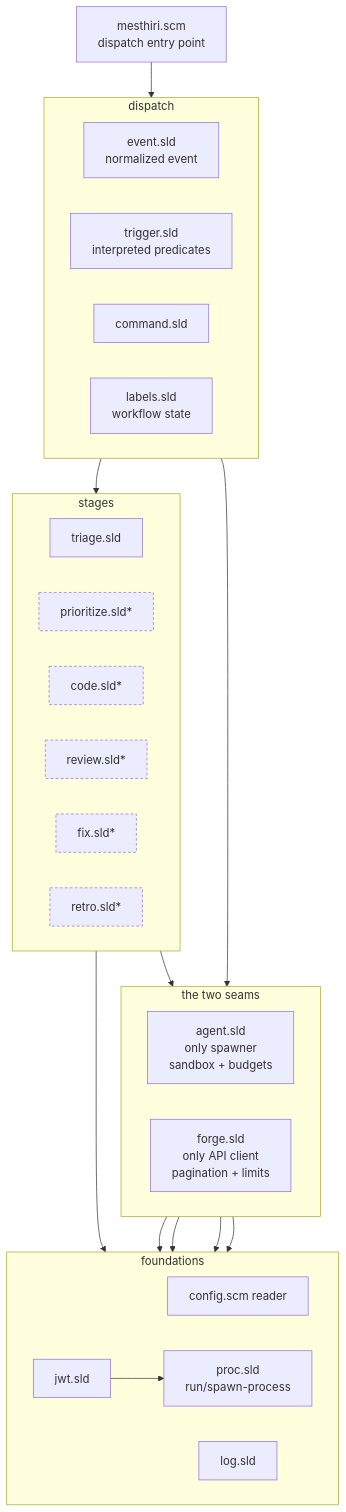
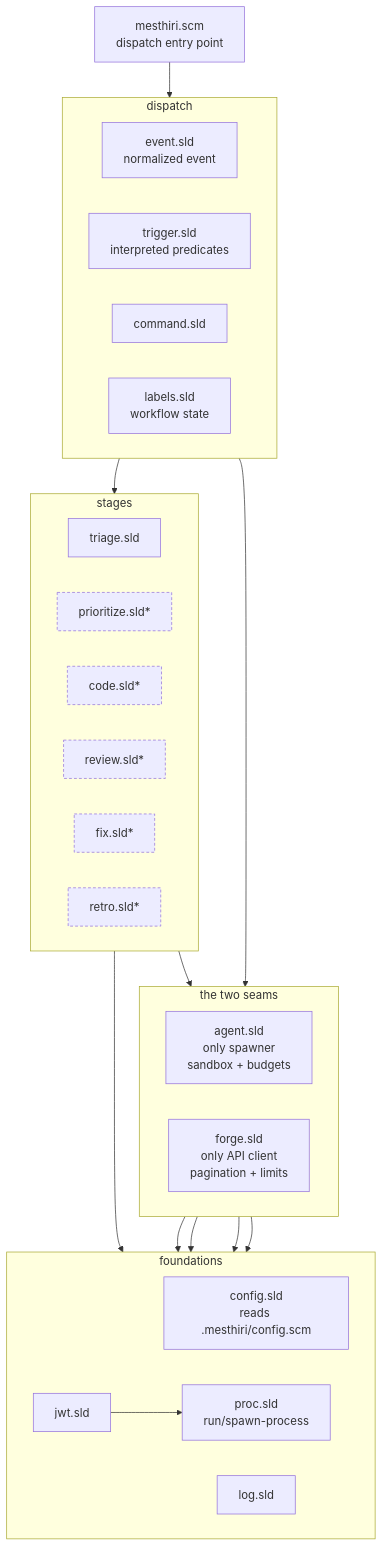
Before and after one commit to mesthiri/mesthiri: the sixth of 7 diagrams in docs/architecture.md, drawn with Mermaid. The commit also changed other lines of this file and 1 other file, not shown here.

First line of the commit message:
Fix seven staleness defects in plan.md and architecture.md

````diff
--- a/docs/architecture.md
+++ b/docs/architecture.md
@@ -195,50 +199,50 @@
 ```mermaid
 flowchart TD
   client["mesthiri.scm<br/>dispatch entry point"]
 
   subgraph stages["stages"]
     direction LR
     triage["triage.sld"]
     prioritize["prioritize.sld*"]
     codestage["code.sld*"]
     review["review.sld*"]
     fixstage["fix.sld*"]
     retro["retro.sld*"]
   end
 
   subgraph disp["dispatch"]
     direction LR
     event["event.sld<br/>normalized event"]
     trigger["trigger.sld<br/>interpreted predicates"]
     command["command.sld"]
     labels["labels.sld<br/>workflow state"]
   end
 
   subgraph seams["the two seams"]
     direction LR
     agentmod["agent.sld<br/>only spawner<br/>sandbox + budgets"]
     forge["forge.sld<br/>only API client<br/>pagination + limits"]
   end
 
   subgraph base["foundations"]
     direction LR
-    config["config.scm reader"]
+    config["config.sld<br/>reads .mesthiri/config.scm"]
     logmod["log.sld"]
     jwt["jwt.sld"]
     proc["proc.sld<br/>run/spawn-process"]
   end
 
   client --> disp
   disp --> stages
   stages --> seams
   disp --> seams
   seams --> base
   forge --> jwt
   jwt --> proc
   agentmod --> proc
   stages --> logmod
   seams --> config
 
   classDef prov stroke-dasharray: 4 3
   class prioritize,codestage,review,fixstage,retro prov
 ```
````
